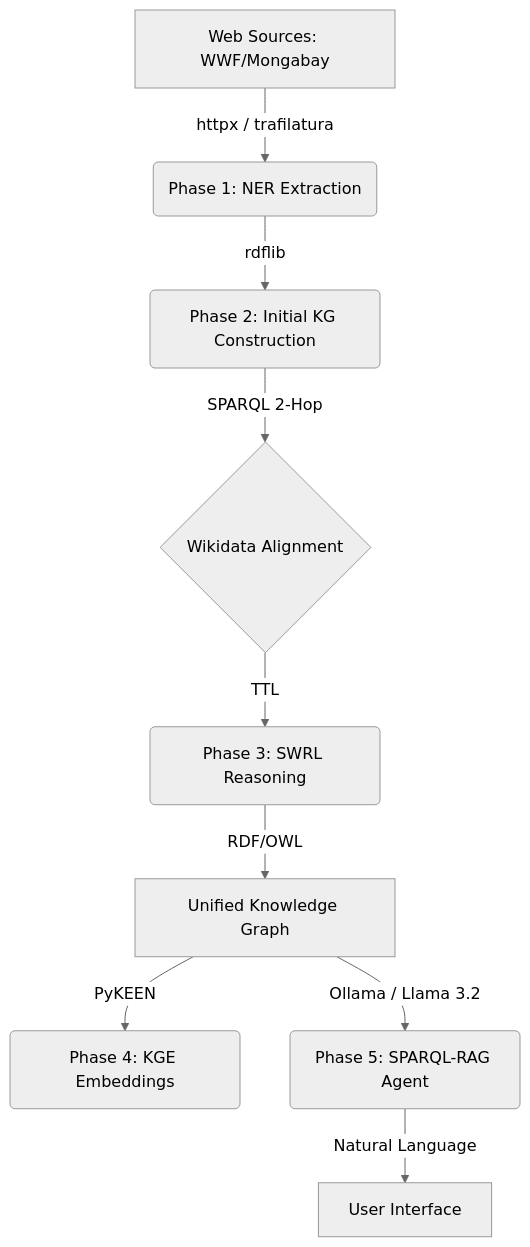
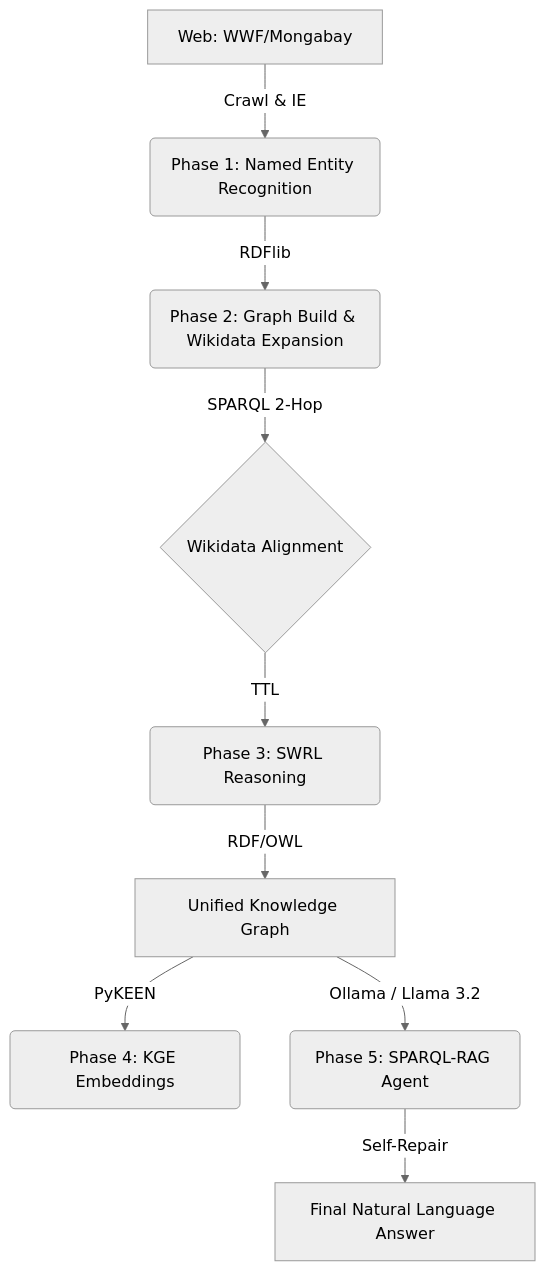
Before and after one commit to oviachane/endangered_species_kg: the diagram in README.md, drawn with Mermaid (neutral theme). The commit also changed other lines of this file and 9 other files, not shown here.

````diff
--- a/README.md
+++ b/README.md
@@ -9,11 +12,11 @@
 ```mermaid
 graph TD
-    A[Web Sources: WWF/Mongabay] -->|httpx / trafilatura| B(Phase 1: NER Extraction)
-    B -->|rdflib| C(Phase 2: Initial KG Construction)
+    A[Web: WWF/Mongabay] -->|Crawl & IE| B(Phase 1: Named Entity Recognition)
+    B -->|RDFlib| C(Phase 2: Graph Build & Wikidata Expansion)
     C -->|SPARQL 2-Hop| D{Wikidata Alignment}
     D -->|TTL| E(Phase 3: SWRL Reasoning)
     E -->|RDF/OWL| F[Unified Knowledge Graph]
     F -->|PyKEEN| G(Phase 4: KGE Embeddings)
     F -->|Ollama / Llama 3.2| H(Phase 5: SPARQL-RAG Agent)
-    H -->|Natural Language| I[User Interface]
+    H -->|Self-Repair| I[Final Natural Language Answer]
 ```
````
